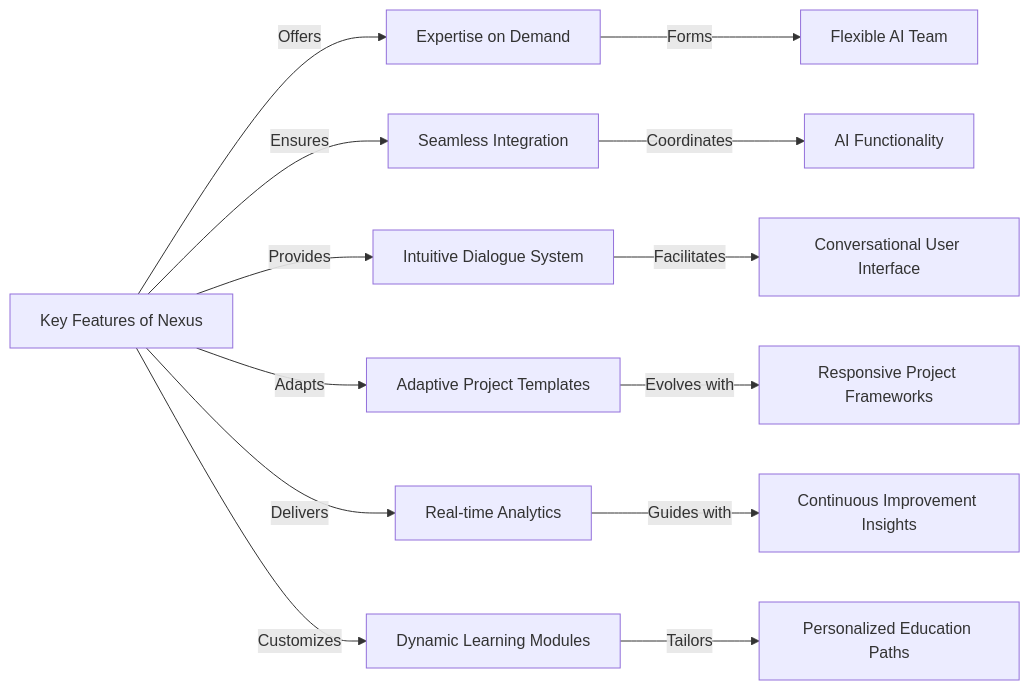
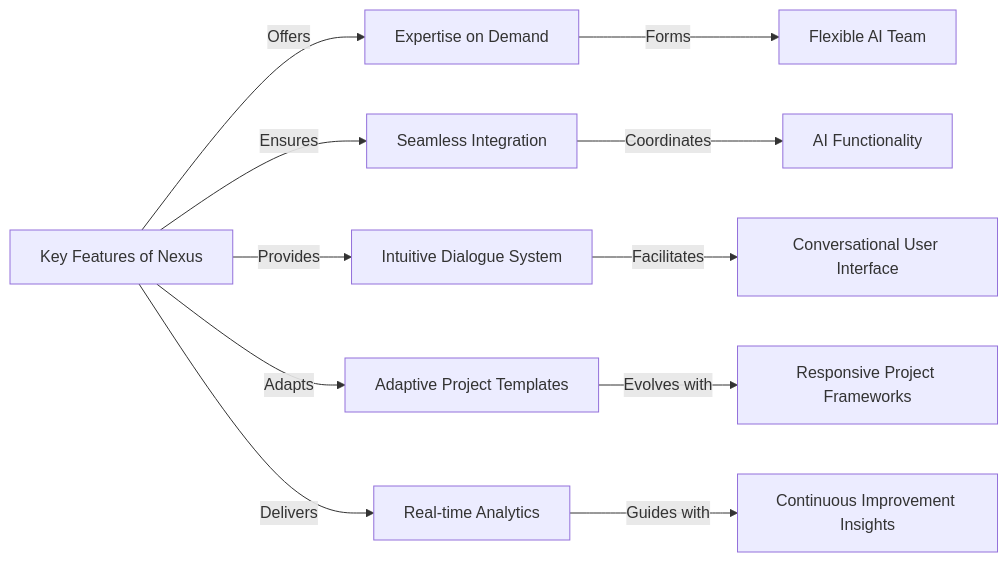
One commit to scybersec/placeholder-nexus changed the second of 3 diagrams in README.md. Above: the diagram before and after it, drawn with Mermaid. The commit also changed other lines of this file, not shown here.

````diff
--- a/README.md
+++ b/README.md
@@ -41,16 +37,16 @@
 ```mermaid
 graph LR
     A[Key Features of Nexus] -->|Offers| B[Expertise on Demand]
     A -->|Ensures| C[Seamless Integration]
     A -->|Provides| D[Intuitive Dialogue System]
     A -->|Adapts| E[Adaptive Project Templates]
     A -->|Delivers| F[Real-time Analytics]
-    A -->|Customizes| G[Dynamic Learning Modules]
+
 
     B -->|Forms| B1[Flexible AI Team]
     C -->|Coordinates| C1[AI Functionality]
     D -->|Facilitates| D1[Conversational User Interface]
     E -->|Evolves with| E1[Responsive Project Frameworks]
     F -->|Guides with| F1[Continuous Improvement Insights]
-    G -->|Tailors| G1[Personalized Education Paths]
+
 ```
````
